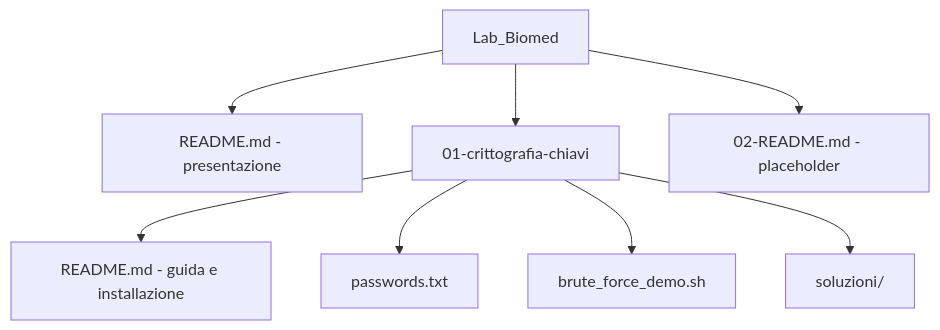
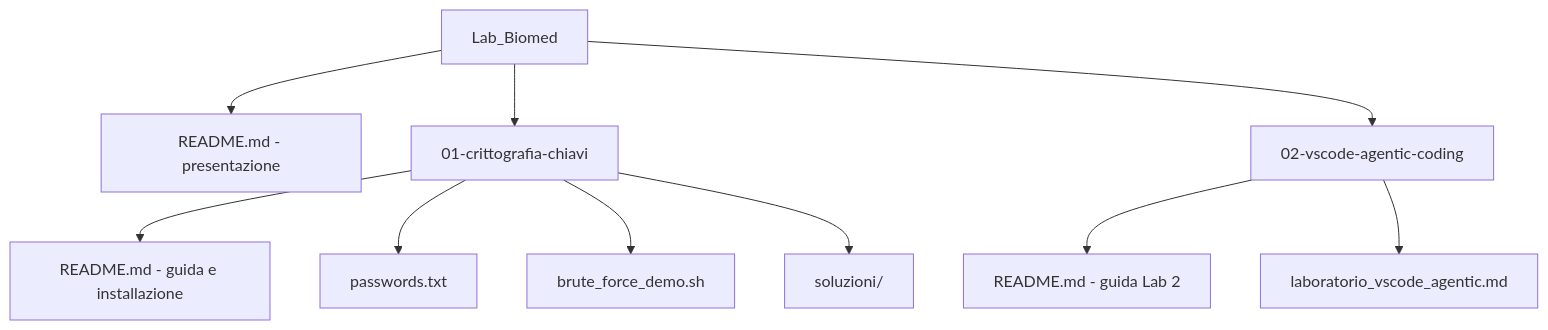
Before and after one commit to lucadagati/Lab_Fondamenti_di_Informatica_25_26: the diagram in README.md, drawn with Mermaid. The commit also changed other lines of this file and 20 other files, not shown here.

````diff
--- a/README.md
+++ b/README.md
@@ -16,12 +16,15 @@
 ```mermaid
 flowchart TD
     ROOT[Lab_Biomed]
     ROOT --> README[README.md - presentazione]
     ROOT --> LAB1[01-crittografia-chiavi]
-    ROOT --> LAB2[02-README.md - placeholder]
+    ROOT --> LAB2[02-vscode-agentic-coding]
 
     LAB1 --> L1README[README.md - guida e installazione]
     LAB1 --> L1PWD[passwords.txt]
     LAB1 --> L1SCRIPT[brute_force_demo.sh]
     LAB1 --> L1SOL[soluzioni/]
+
+    LAB2 --> L2README[README.md - guida Lab 2]
+    LAB2 --> L2DOC[laboratorio_vscode_agentic.md]
 ```
````
